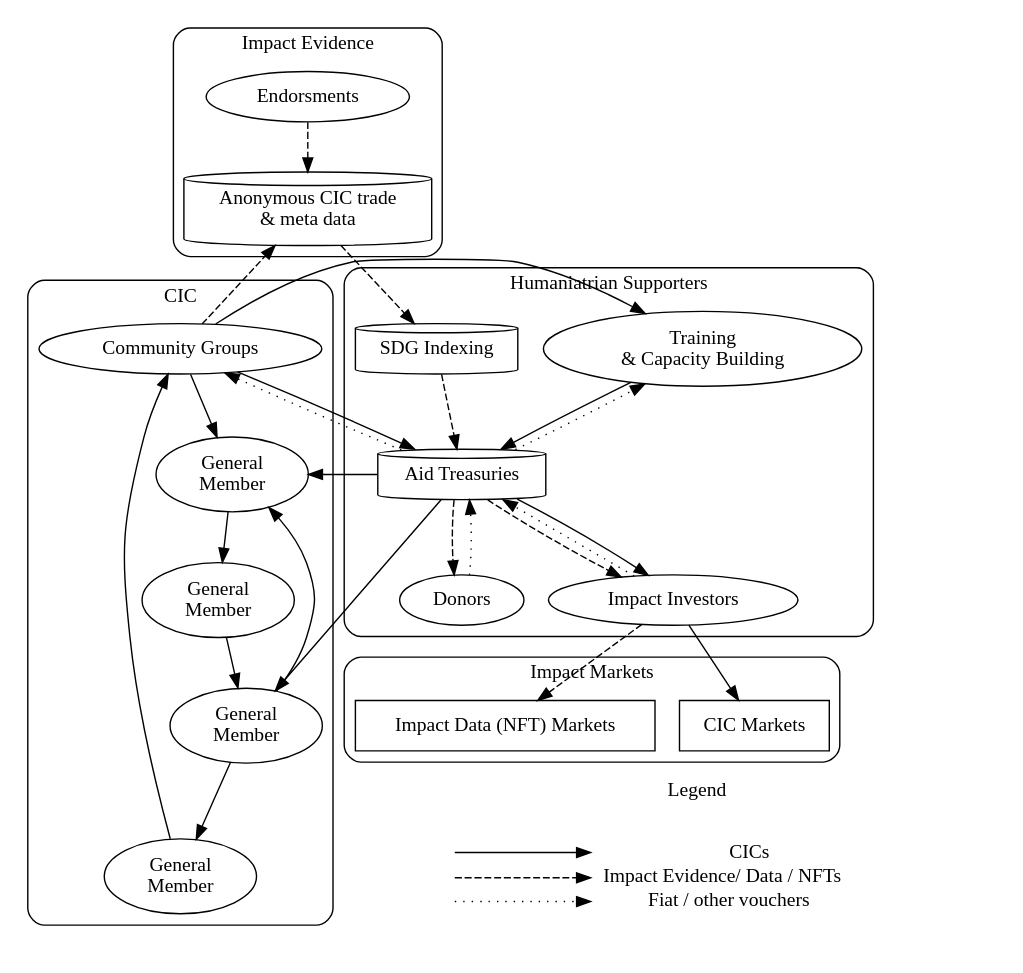
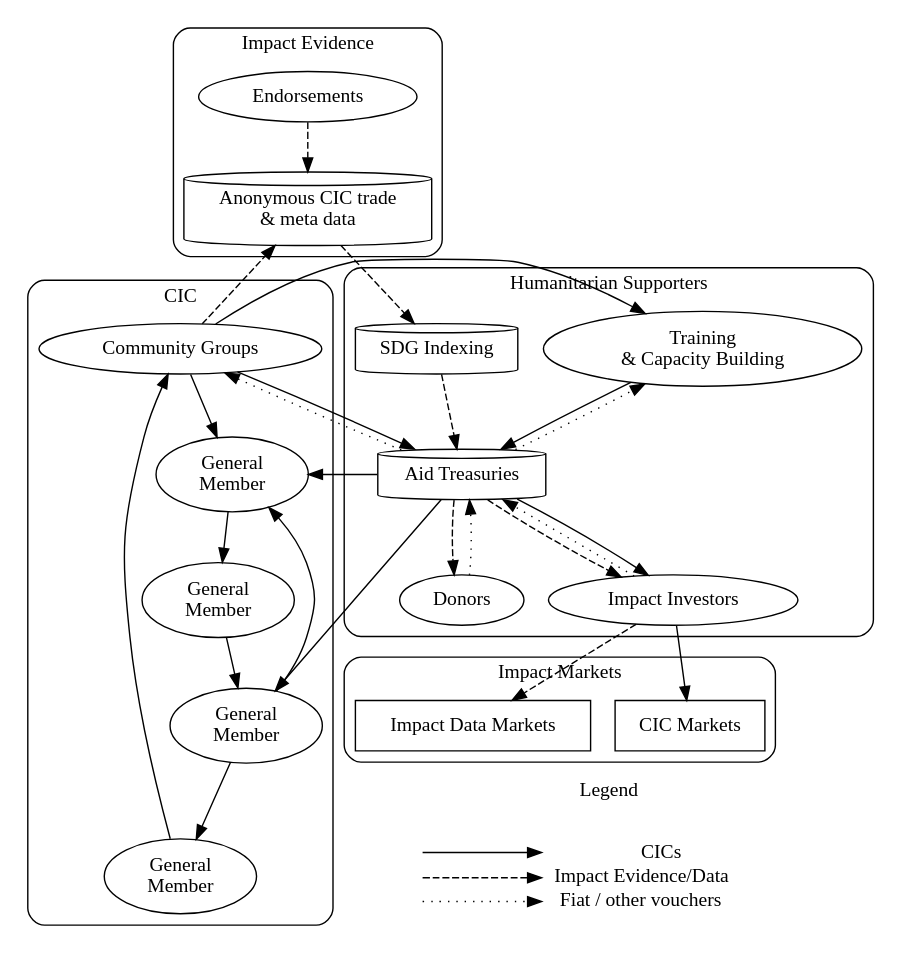
The second of 2 diagrams in docs/ops.md (grassrootseconomics/docs.grassecon.org), drawn with Graphviz before and after one commit. The commit also changed other lines of this file, not shown here.

```diff
--- a/docs/ops.md
+++ b/docs/ops.md
@@ -106,7 +106,7 @@
      style="rounded"
 
 
-	endo [label= "Endorsments"]
+	endo [label= "Endorsements"]
 	datam [label= "Anonymous CIC trade \n& meta data" , shape = cylinder]
 	
 
@@ -117,14 +117,14 @@
      label = "Impact Markets";
      style="rounded"
 	cucm [label= "CIC Markets", shape = box]
-	nftm [label= "Impact Data (NFT) Markets", shape = box]
+	nftm [label= "Impact Data Markets", shape = box]
 
   }
 
 
   subgraph cluster_index_3 {
       
-    label = "Humaniatrian Supporters";
+    label = "Humanitarian Supporters";
      style="rounded"
 
 
@@ -172,7 +172,7 @@
       </table>> ]
     key2 [ label=<<table border="0" cellpadding="1" cellspacing="0" cellborder="0">
       <tr><td align="left" port="i1"> </td><td>CICs</td></tr>
-      <tr><td align="left" port="i2"> </td><td>Impact Evidence/ Data / NFTs</td></tr>
+      <tr><td align="left" port="i2"> </td><td>Impact Evidence/Data</td></tr>
       <tr><td align="left" port="i3"> </td><td>Fiat / other vouchers</td></tr>
       </table>>]
     key:i1 -> key2:i1 
```
